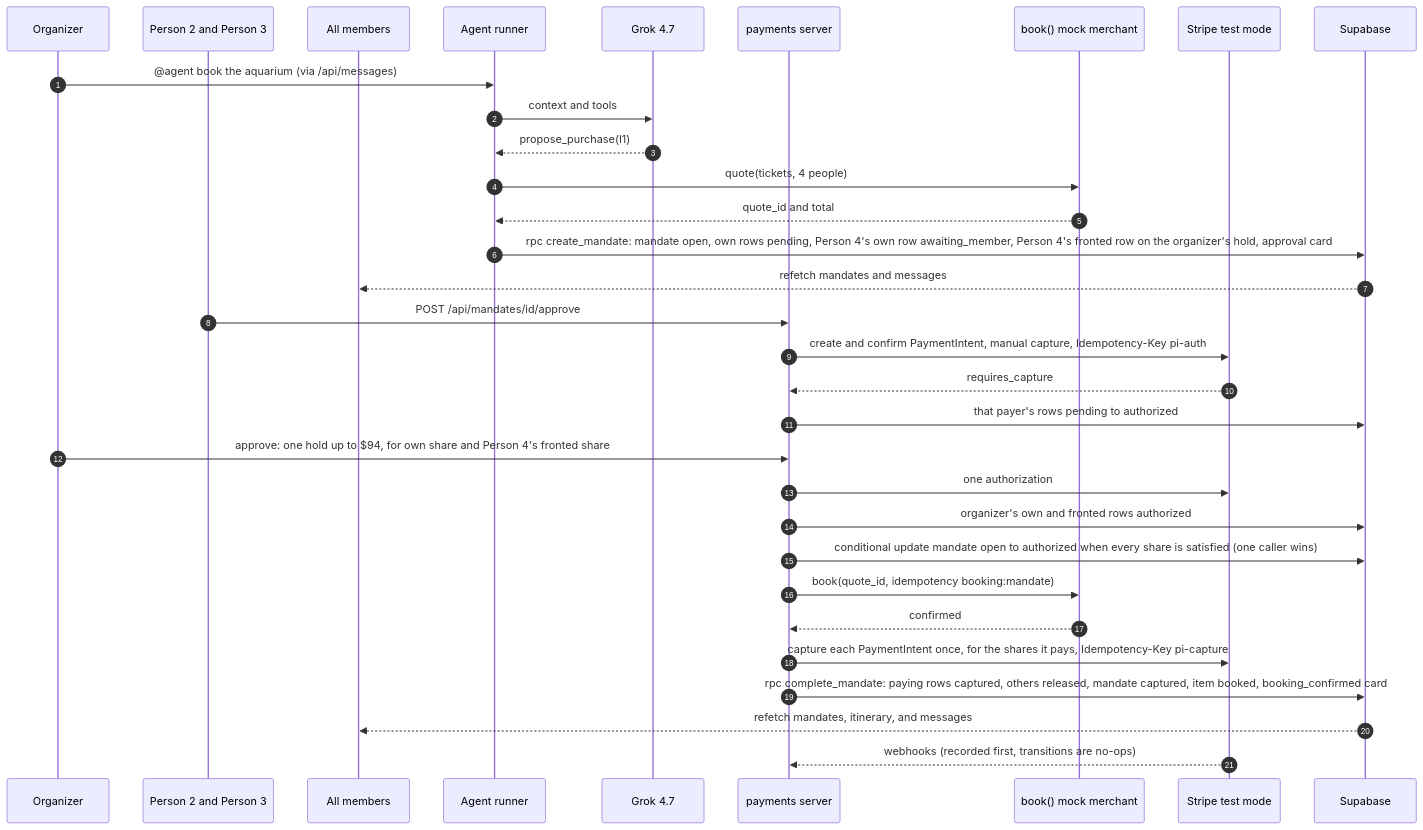
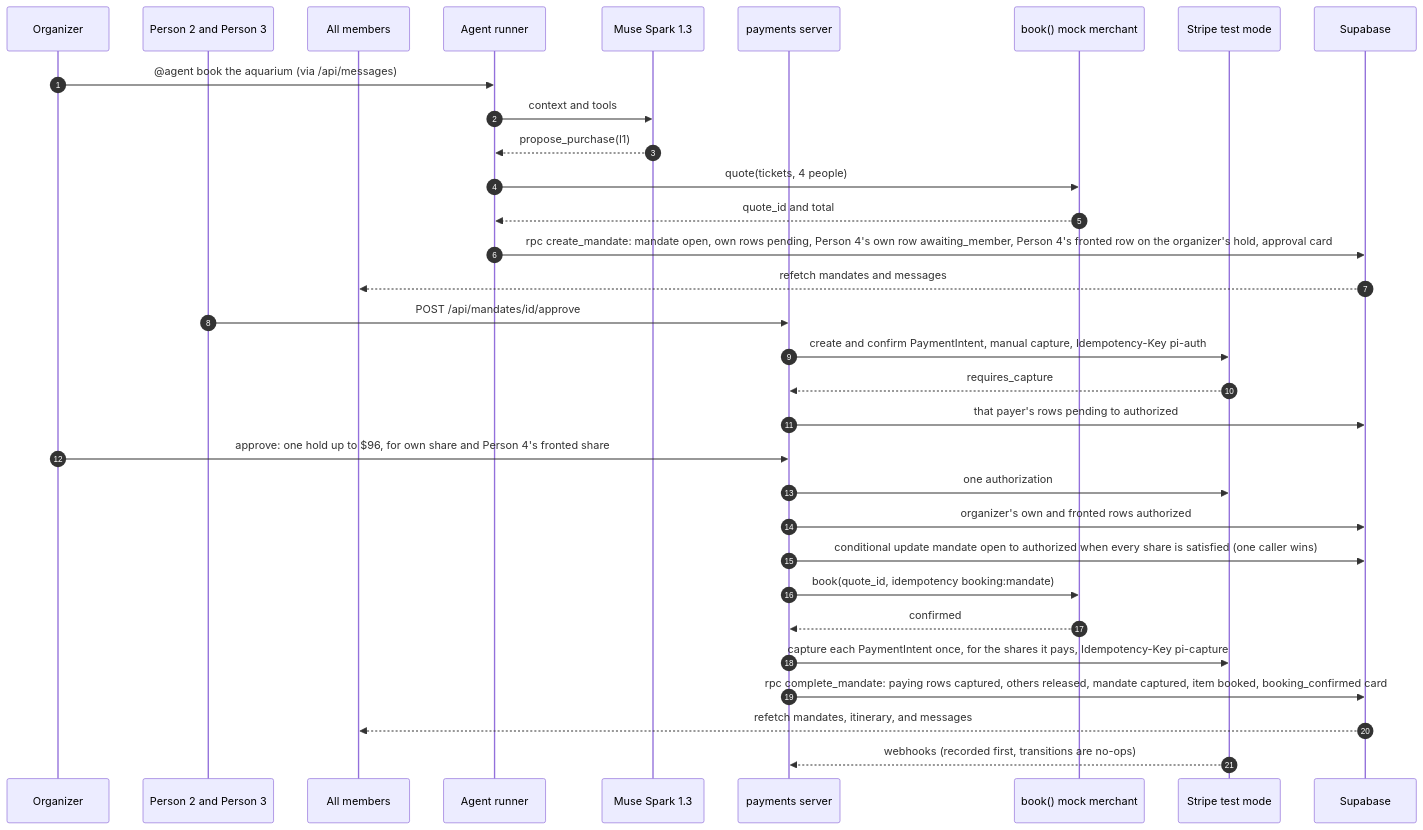
The ninth of 12 diagrams in planning/design.md (YearningAsian/agentic-group-planner), drawn with Mermaid before and after one commit. The commit also changed other lines of this file and 6 other files, not shown here.

````diff
--- a/planning/design.md
+++ b/planning/design.md
@@ -1373,34 +1406,34 @@
 ```mermaid
 sequenceDiagram
     autonumber
     participant Org as Organizer
     participant Mem as Person 2 and Person 3
     participant All as All members
     participant Run as Agent runner
-    participant LLM as Grok 4.7
+    participant LLM as Muse Spark 1.3
     participant Pay as payments server
     participant Book as book() mock merchant
     participant Stripe as Stripe test mode
     participant DB as Supabase
     Org->>Run: @agent book the aquarium (via /api/messages)
     Run->>LLM: context and tools
     LLM-->>Run: propose_purchase(I1)
     Run->>Book: quote(tickets, 4 people)
     Book-->>Run: quote_id and total
     Run->>DB: rpc create_mandate: mandate open, own rows pending, Person 4's own row awaiting_member, Person 4's fronted row on the organizer's hold, approval card
     DB-->>All: refetch mandates and messages
     Mem->>Pay: POST /api/mandates/id/approve
     Pay->>Stripe: create and confirm PaymentIntent, manual capture, Idempotency-Key pi-auth
     Stripe-->>Pay: requires_capture
     Pay->>DB: that payer's rows pending to authorized
-    Org->>Pay: approve: one hold up to $94, for own share and Person 4's fronted share
+    Org->>Pay: approve: one hold up to $96, for own share and Person 4's fronted share
     Pay->>Stripe: one authorization
     Pay->>DB: organizer's own and fronted rows authorized
     Pay->>DB: conditional update mandate open to authorized when every share is satisfied (one caller wins)
     Pay->>Book: book(quote_id, idempotency booking:mandate)
     Book-->>Pay: confirmed
     Pay->>Stripe: capture each PaymentIntent once, for the shares it pays, Idempotency-Key pi-capture
     Pay->>DB: rpc complete_mandate: paying rows captured, others released, mandate captured, item booked, booking_confirmed card
     DB-->>All: refetch mandates, itinerary, and messages
     Stripe-->>Pay: webhooks (recorded first, transitions are no-ops)
 ```
````
